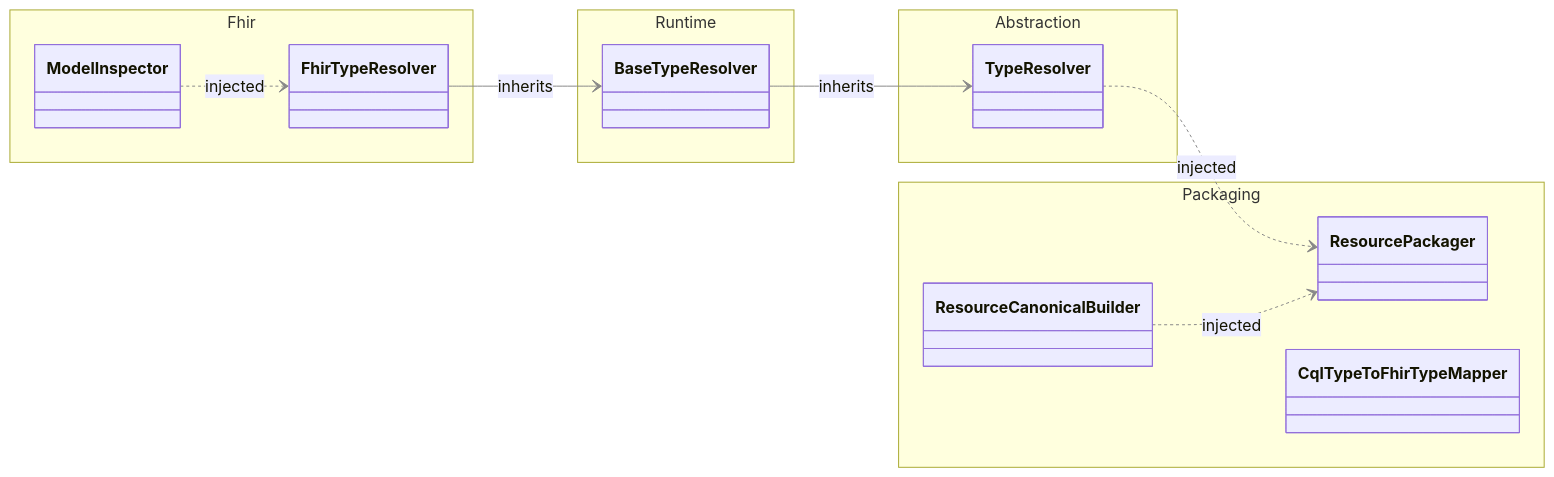
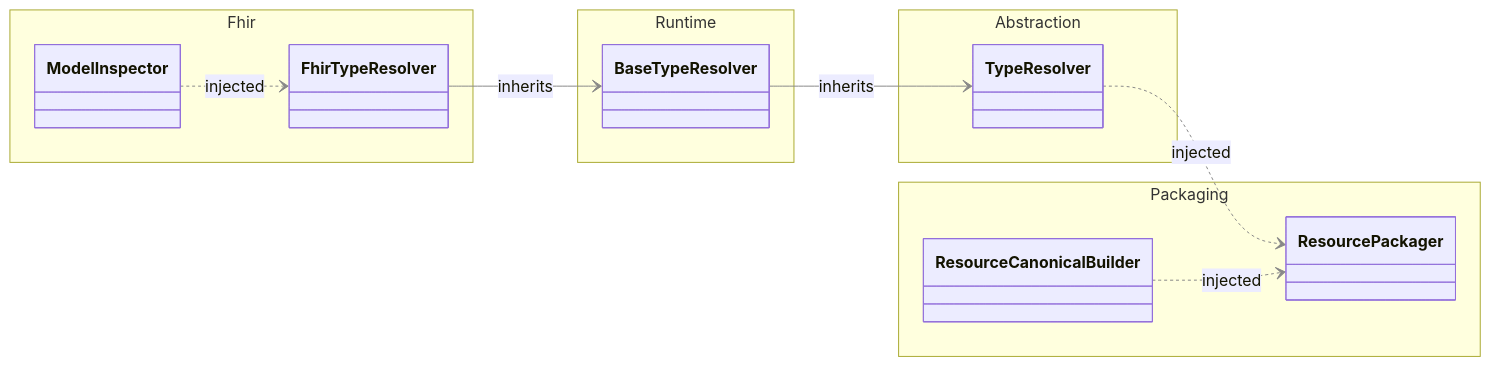
One commit to kairo-x26/firely-cql-sdk changed the second of 3 diagrams in docs/dependency-diagrams.md. Above: the diagram before and after it, drawn with Mermaid. The commit also changed other lines of this file and 2 other files, not shown here.

Commit message:
docs: update stale pipeline descriptions in architecture and getting-started docs

````diff
--- a/docs/dependency-diagrams.md
+++ b/docs/dependency-diagrams.md
@@ -108,40 +106,39 @@
 ```mermaid
 %%{init: {
     'themeVariables':{  
       'lineColor': '#888',
       'lineWidth': 4
 }}}%%
 
 classDiagram
 
     direction LR
 
     namespace Packaging {
         class ResourcePackager { }
         class ResourceCanonicalBuilder { }
-        class CqlTypeToFhirTypeMapper { }
     }
 
     namespace Abstraction {
         class TypeResolver { }
     }
 
     namespace Runtime {
         class BaseTypeResolver { }
     }
 
     namespace Fhir {
         class FhirTypeResolver { }
         class ModelInspector { }
     }
 
     %% Inheritance  
     BaseTypeResolver --> TypeResolver : inherits
     FhirTypeResolver --> BaseTypeResolver : inherits
     
     %% Dependencies                                                 
     TypeResolver ..> ResourcePackager : injected
     ResourceCanonicalBuilder ..> ResourcePackager : injected
     
     ModelInspector ..> FhirTypeResolver : injected
 ```
````
